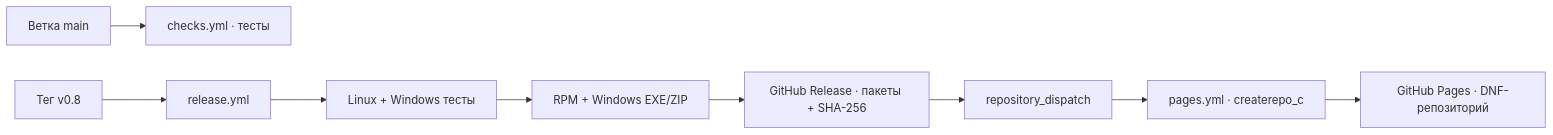
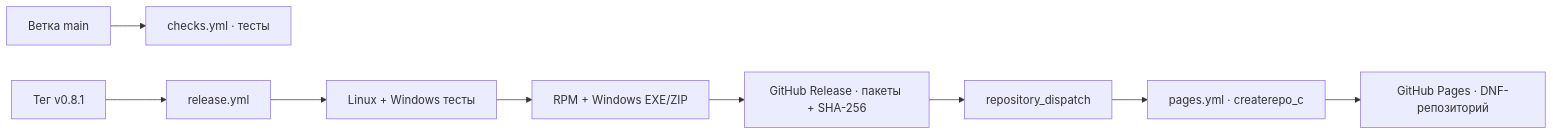
Before and after one commit to Kostya5232/naps3-redos: the second of 3 diagrams in PROGRAM_MAP.md, drawn with Mermaid. The commit also changed other lines of this file and 13 other files, not shown here.

````diff
--- a/PROGRAM_MAP.md
+++ b/PROGRAM_MAP.md
@@ -80,11 +82,11 @@
 ```mermaid
 flowchart LR
     MainBranch["Ветка main"] --> Checks["checks.yml · тесты"]
-    Tag["Тег v0.8"] --> Release["release.yml"]
+    Tag["Тег v0.8.1"] --> Release["release.yml"]
     Release --> Tests["Linux + Windows тесты"]
     Tests --> Build["RPM + Windows EXE/ZIP"]
     Build --> Assets["GitHub Release · пакеты + SHA-256"]
     Assets --> Dispatch["repository_dispatch"]
     Dispatch --> Pages["pages.yml · createrepo_c"]
     Pages --> DNF["GitHub Pages · DNF-репозиторий"]
 ```
````
